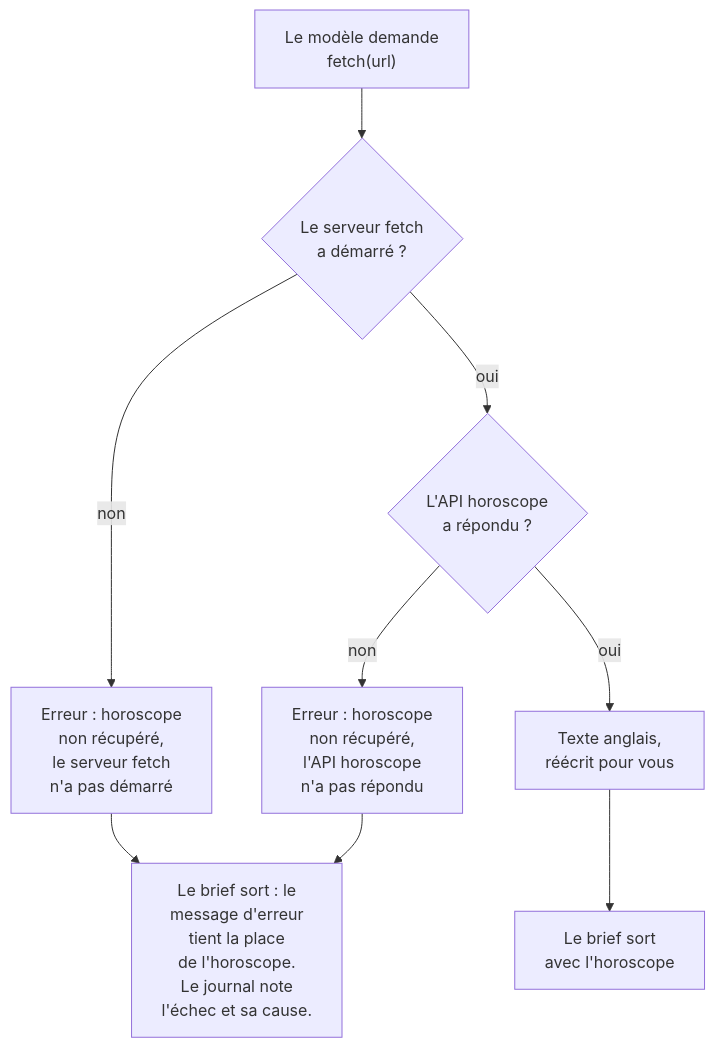
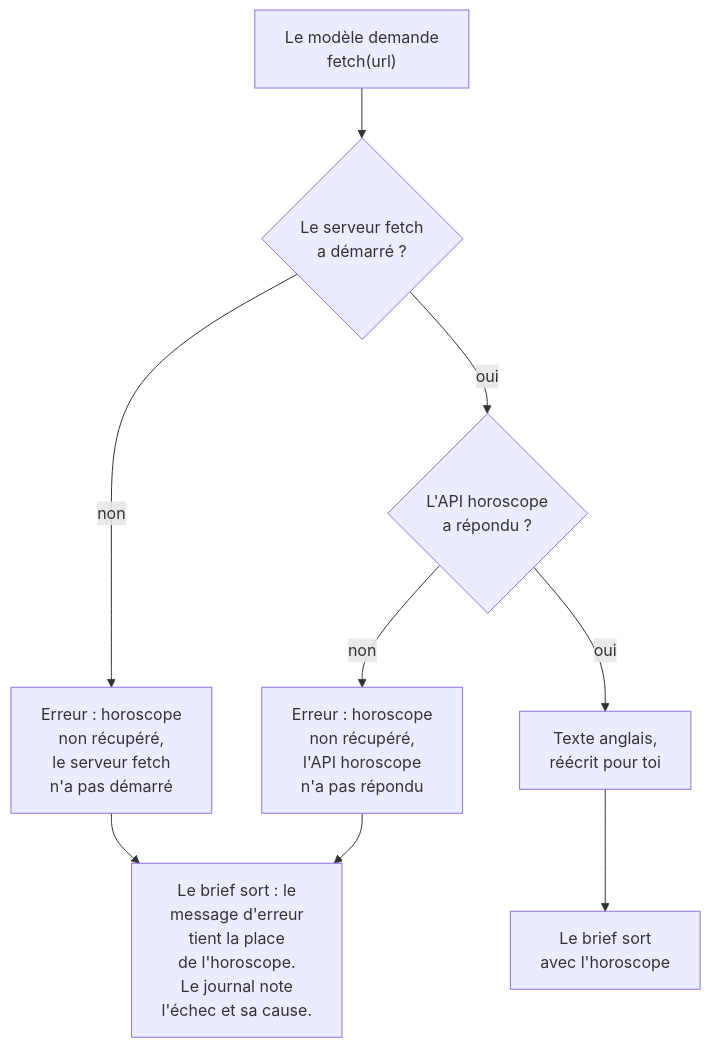
One commit to lecinquiemejour-code/goodvibe-tuto changed diagram 27 of 42 in tuto-goodvibe-vibecoding.md. Above: the diagram before and after it, drawn with Mermaid. The commit also changed other lines of this file, not shown here.

Commit message:
docs(tuto): les fiches 8 à 14 tutoient le pilote ; « À vous d'abord » devient « À toi d'abord »

````diff
--- a/tuto-goodvibe-vibecoding.md
+++ b/tuto-goodvibe-vibecoding.md
@@ -1382,10 +1382,10 @@
 ```mermaid
 flowchart TD
     D["Le modèle demande<br/>fetch(url)"] --> Q1{"Le serveur fetch<br/>a démarré ?"}
     Q1 -- "non" --> E1["Erreur : horoscope<br/>non récupéré,<br/>le serveur fetch<br/>n'a pas démarré"]
     Q1 -- "oui" --> Q2{"L'API horoscope<br/>a répondu ?"}
     Q2 -- "non" --> E2["Erreur : horoscope<br/>non récupéré,<br/>l'API horoscope<br/>n'a pas répondu"]
-    Q2 -- "oui" --> OK["Texte anglais,<br/>réécrit pour vous"]
+    Q2 -- "oui" --> OK["Texte anglais,<br/>réécrit pour toi"]
     OK --> B1["Le brief sort<br/>avec l'horoscope"]
     E1 & E2 --> B2["Le brief sort : le<br/>message d'erreur<br/>tient la place<br/>de l'horoscope.<br/>Le journal note<br/>l'échec et sa cause."]
 ```
````
